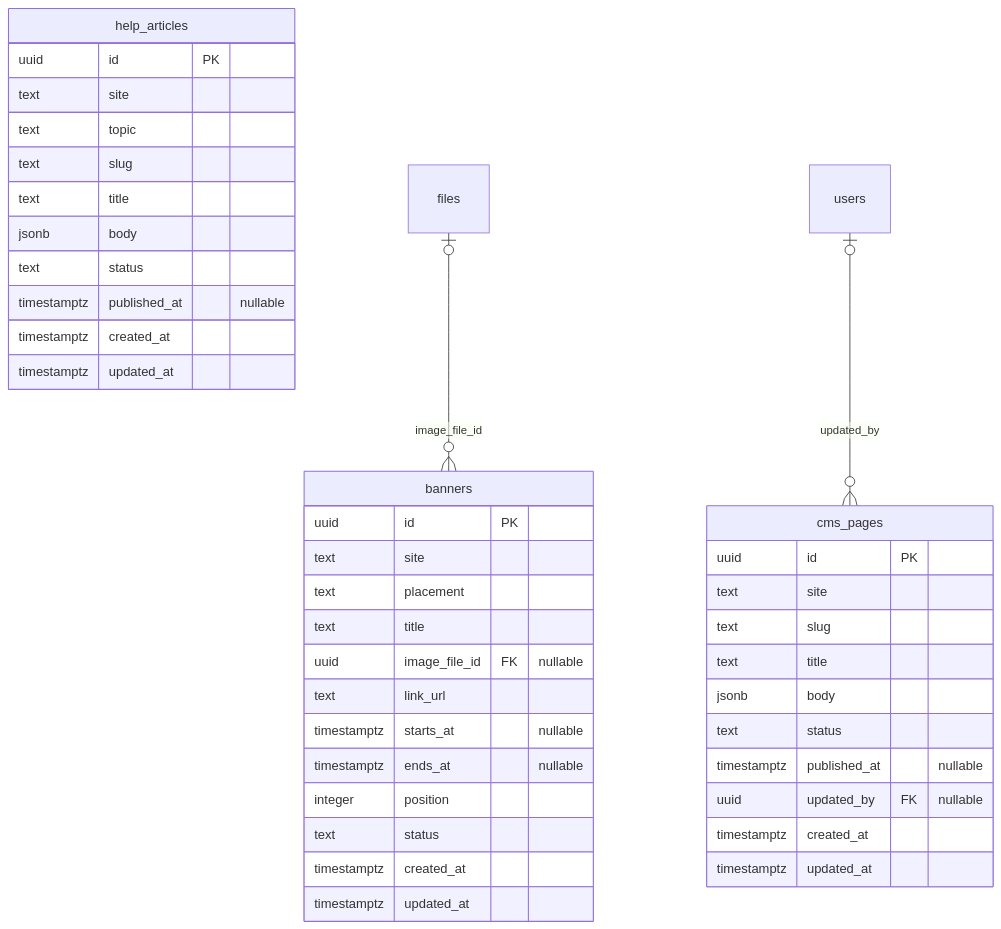
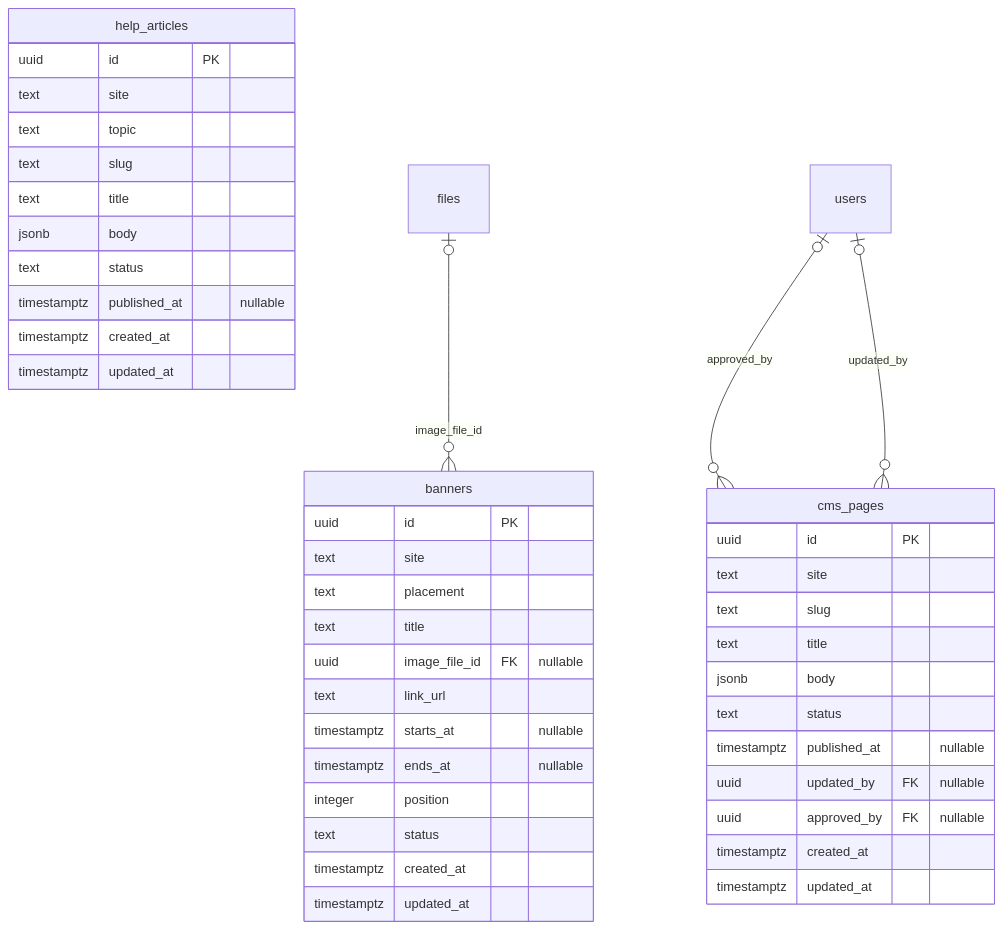
One commit to dprince-03/TechShop changed diagram 17 of 23 in docs/database/erd.md. Above: the diagram before and after it, drawn with Mermaid. The commit also changed other lines of this file and 275 other files, not shown here.

````diff
--- a/docs/database/erd.md
+++ b/docs/database/erd.md
@@ -1353,43 +2267,45 @@
 ```mermaid
 erDiagram
   banners {
     uuid id PK
     text site
     text placement
     text title
     uuid image_file_id FK "nullable"
     text link_url
     timestamptz starts_at "nullable"
     timestamptz ends_at "nullable"
     integer position
     text status
     timestamptz created_at
     timestamptz updated_at
   }
   cms_pages {
     uuid id PK
     text site
     text slug
     text title
     jsonb body
     text status
     timestamptz published_at "nullable"
     uuid updated_by FK "nullable"
+    uuid approved_by FK "nullable"
     timestamptz created_at
     timestamptz updated_at
   }
   help_articles {
     uuid id PK
     text site
     text topic
     text slug
     text title
     jsonb body
     text status
     timestamptz published_at "nullable"
     timestamptz created_at
     timestamptz updated_at
   }
   files |o--o{ banners : "image_file_id"
+  users |o--o{ cms_pages : "approved_by"
   users |o--o{ cms_pages : "updated_by"
 ```
````
